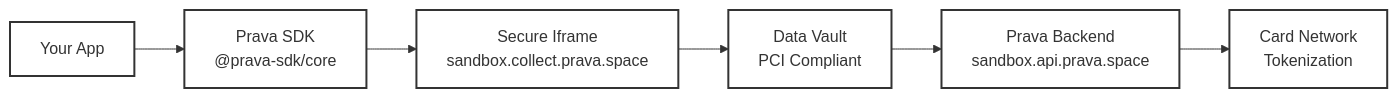
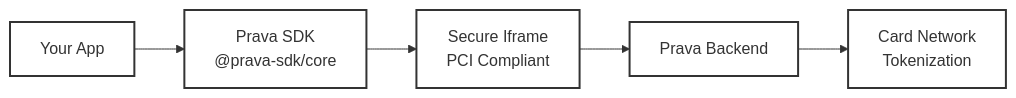
One commit to Prava-Payments/prava-docs changed the diagram in sdk/overview.mdx. Above: the diagram before and after it, drawn with Mermaid. The commit also changed other lines of this file and 10 other files, not shown here.

````diff
--- a/sdk/overview.mdx
+++ b/sdk/overview.mdx
@@ -92,15 +130,13 @@
 ```mermaid
 flowchart LR
     A[Your App] --> B[Prava SDK<br/>@prava-sdk/core]
-    B --> C[Secure Iframe<br/>sandbox.collect.prava.space]
-    C --> D[Data Vault<br/>PCI Compliant]
-    D --> E[Prava Backend<br/>sandbox.api.prava.space]
-    E --> F[Card Network<br/>Tokenization]
+    B --> C[Secure Iframe<br/>PCI Compliant]
+    C --> D[Prava Backend]
+    D --> E[Card Network<br/>Tokenization]
     
     style A fill:#fff,stroke:#333,stroke-width:2px
     style B fill:#fff,stroke:#333,stroke-width:2px
     style C fill:#fff,stroke:#333,stroke-width:2px
     style D fill:#fff,stroke:#333,stroke-width:2px
     style E fill:#fff,stroke:#333,stroke-width:2px
-    style F fill:#fff,stroke:#333,stroke-width:2px
 ```
````
